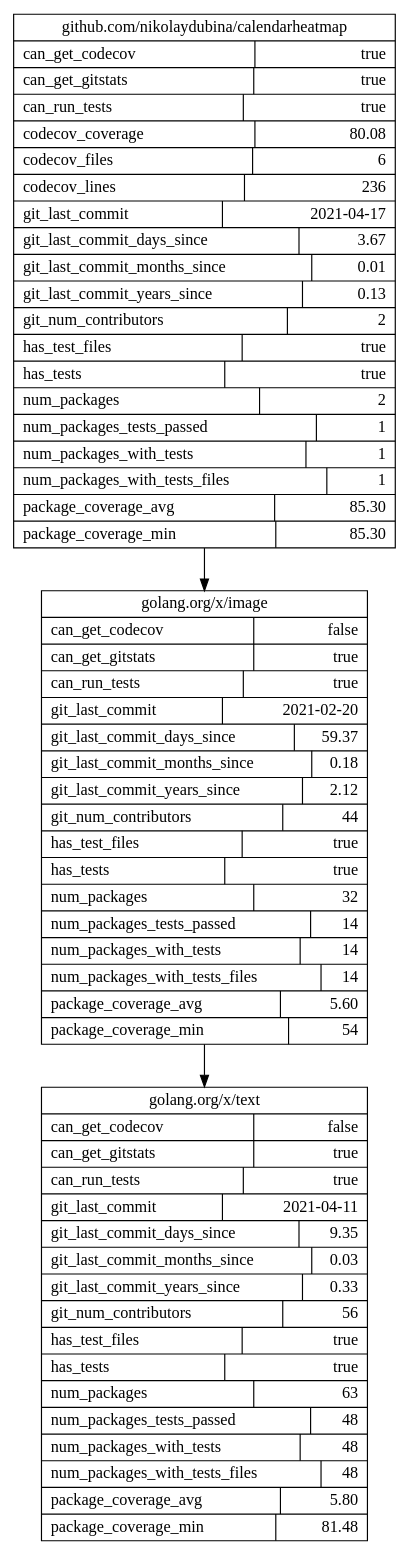
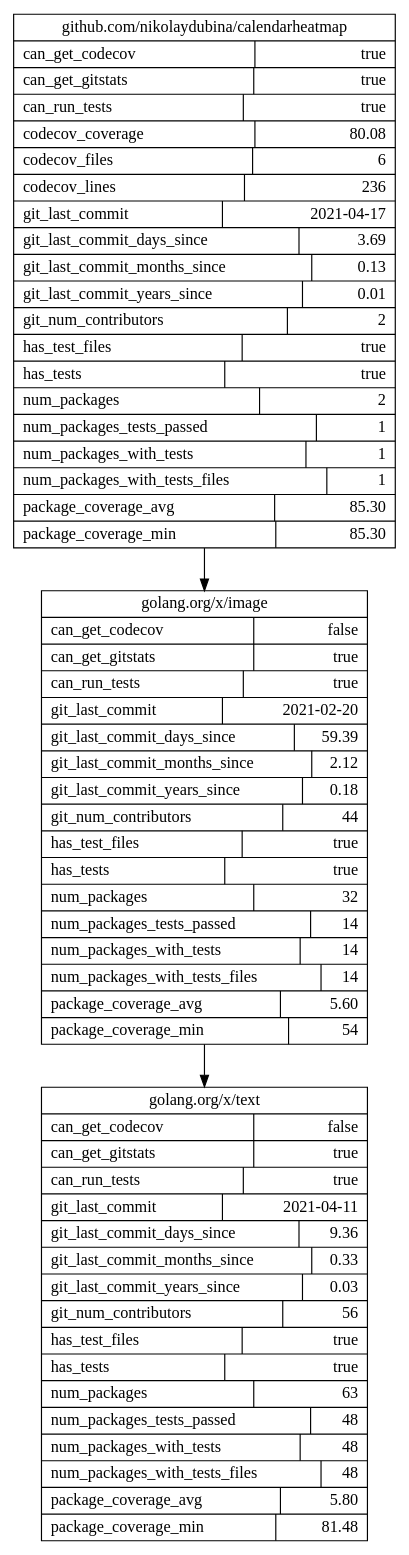
The diagram in docs/calendarheatmap/output.dot (nikolaydubina/import-graph), drawn with Graphviz before and after one commit. The commit also changed 3 other files, not shown here.

```diff
--- a/docs/calendarheatmap/output.dot
+++ b/docs/calendarheatmap/output.dot
@@ -1,14 +1,14 @@
 digraph G {
 	concentrate=True;
 	rankdir=TB;
 	node [shape=record];
 	
-	"github.com/nikolaydubina/calendarheatmap" [label="{ github.com/nikolaydubina/calendarheatmap | {can_get_codecov\l | true\r} | {can_get_gitstats\l | true\r} | {can_run_tests\l | true\r} | {codecov_coverage\l | 80.08\r} | {codecov_files\l | 6\r} | {codecov_lines\l | 236\r} | {git_last_commit\l | 2021-04-17\r} | {git_last_commit_days_since\l | 3.67\r} | {git_last_commit_months_since\l | 0.01\r} | {git_last_commit_years_since\l | 0.13\r} | {git_num_contributors\l | 2\r} | {has_test_files\l | true\r} | {has_tests\l | true\r} | {num_packages\l | 2\r} | {num_packages_tests_passed\l | 1\r} | {num_packages_with_tests\l | 1\r} | {num_packages_with_tests_files\l | 1\r} | {package_coverage_avg\l | 85.30\r} | {package_coverage_min\l | 85.30\r} }"];
-	"golang.org/x/image" [label="{ golang.org/x/image | {can_get_codecov\l | false\r} | {can_get_gitstats\l | true\r} | {can_run_tests\l | true\r} | {git_last_commit\l | 2021-02-20\r} | {git_last_commit_days_since\l | 59.37\r} | {git_last_commit_months_since\l | 0.18\r} | {git_last_commit_years_since\l | 2.12\r} | {git_num_contributors\l | 44\r} | {has_test_files\l | true\r} | {has_tests\l | true\r} | {num_packages\l | 32\r} | {num_packages_tests_passed\l | 14\r} | {num_packages_with_tests\l | 14\r} | {num_packages_with_tests_files\l | 14\r} | {package_coverage_avg\l | 5.60\r} | {package_coverage_min\l | 54\r} }"];
-	"golang.org/x/text" [label="{ golang.org/x/text | {can_get_codecov\l | false\r} | {can_get_gitstats\l | true\r} | {can_run_tests\l | true\r} | {git_last_commit\l | 2021-04-11\r} | {git_last_commit_days_since\l | 9.35\r} | {git_last_commit_months_since\l | 0.03\r} | {git_last_commit_years_since\l | 0.33\r} | {git_num_contributors\l | 56\r} | {has_test_files\l | true\r} | {has_tests\l | true\r} | {num_packages\l | 63\r} | {num_packages_tests_passed\l | 48\r} | {num_packages_with_tests\l | 48\r} | {num_packages_with_tests_files\l | 48\r} | {package_coverage_avg\l | 5.80\r} | {package_coverage_min\l | 81.48\r} }"];
+	"github.com/nikolaydubina/calendarheatmap" [label="{ github.com/nikolaydubina/calendarheatmap | {can_get_codecov\l | true\r} | {can_get_gitstats\l | true\r} | {can_run_tests\l | true\r} | {codecov_coverage\l | 80.08\r} | {codecov_files\l | 6\r} | {codecov_lines\l | 236\r} | {git_last_commit\l | 2021-04-17\r} | {git_last_commit_days_since\l | 3.69\r} | {git_last_commit_months_since\l | 0.13\r} | {git_last_commit_years_since\l | 0.01\r} | {git_num_contributors\l | 2\r} | {has_test_files\l | true\r} | {has_tests\l | true\r} | {num_packages\l | 2\r} | {num_packages_tests_passed\l | 1\r} | {num_packages_with_tests\l | 1\r} | {num_packages_with_tests_files\l | 1\r} | {package_coverage_avg\l | 85.30\r} | {package_coverage_min\l | 85.30\r} }"];
+	"golang.org/x/image" [label="{ golang.org/x/image | {can_get_codecov\l | false\r} | {can_get_gitstats\l | true\r} | {can_run_tests\l | true\r} | {git_last_commit\l | 2021-02-20\r} | {git_last_commit_days_since\l | 59.39\r} | {git_last_commit_months_since\l | 2.12\r} | {git_last_commit_years_since\l | 0.18\r} | {git_num_contributors\l | 44\r} | {has_test_files\l | true\r} | {has_tests\l | true\r} | {num_packages\l | 32\r} | {num_packages_tests_passed\l | 14\r} | {num_packages_with_tests\l | 14\r} | {num_packages_with_tests_files\l | 14\r} | {package_coverage_avg\l | 5.60\r} | {package_coverage_min\l | 54\r} }"];
+	"golang.org/x/text" [label="{ golang.org/x/text | {can_get_codecov\l | false\r} | {can_get_gitstats\l | true\r} | {can_run_tests\l | true\r} | {git_last_commit\l | 2021-04-11\r} | {git_last_commit_days_since\l | 9.36\r} | {git_last_commit_months_since\l | 0.33\r} | {git_last_commit_years_since\l | 0.03\r} | {git_num_contributors\l | 56\r} | {has_test_files\l | true\r} | {has_tests\l | true\r} | {num_packages\l | 63\r} | {num_packages_tests_passed\l | 48\r} | {num_packages_with_tests\l | 48\r} | {num_packages_with_tests_files\l | 48\r} | {package_coverage_avg\l | 5.80\r} | {package_coverage_min\l | 81.48\r} }"];
 	
 
 	"github.com/nikolaydubina/calendarheatmap" -> "golang.org/x/image";
 	"golang.org/x/image" -> "golang.org/x/text";
 	
 }
```
